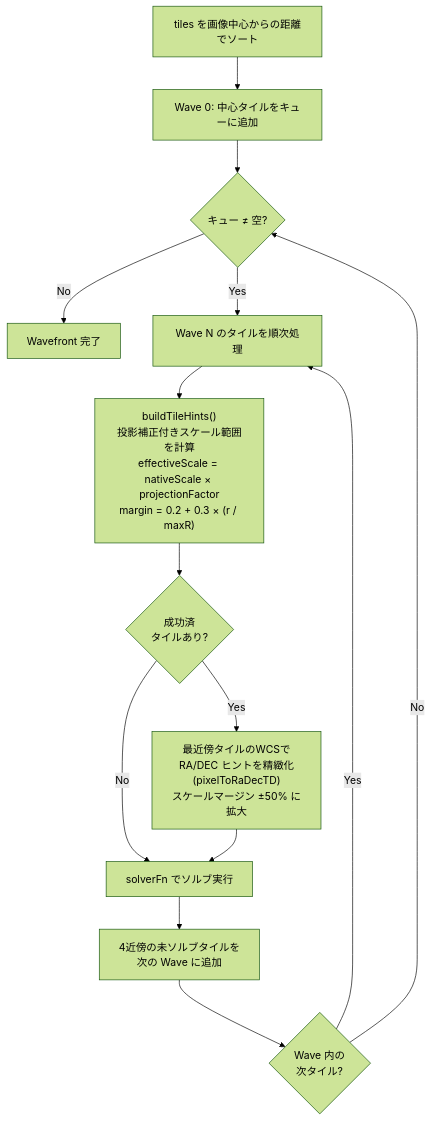
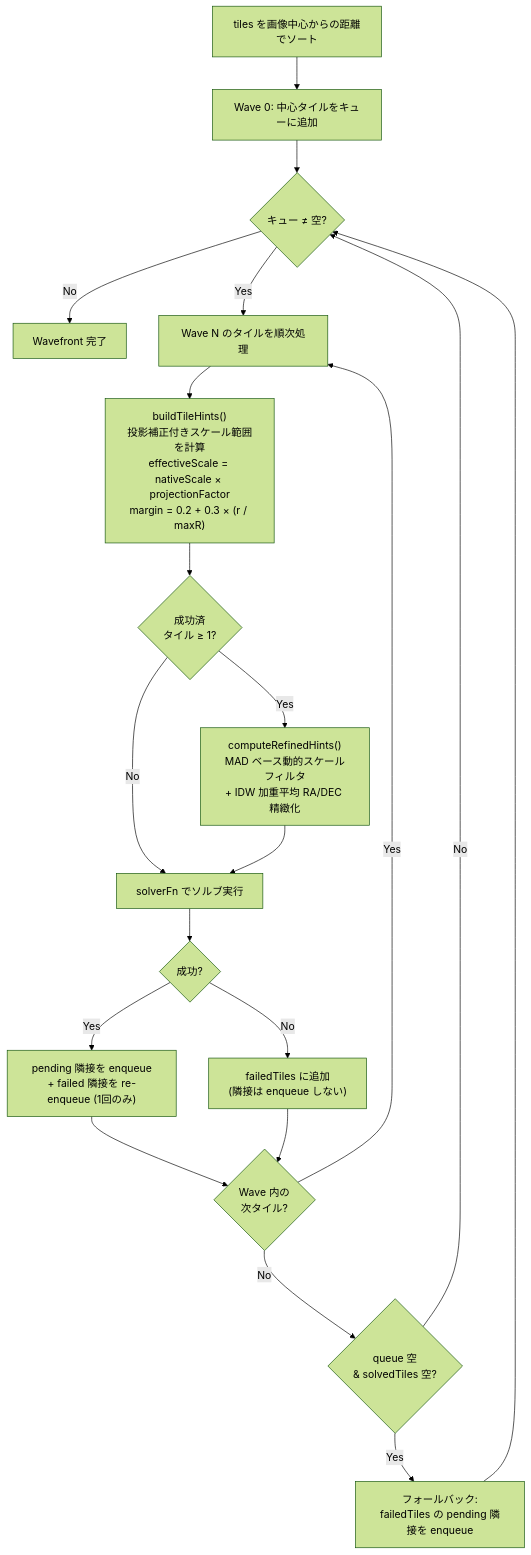
One commit to ysmr3104/split-image-solver changed the fifth of 10 diagrams in docs/specs.md. Above: the diagram before and after it, drawn with Mermaid (forest theme). The commit also changed other lines of this file, not shown here.

````diff
--- a/docs/specs.md
+++ b/docs/specs.md
@@ -153,19 +153,25 @@
 ```mermaid
 flowchart TD
     Start["tiles を画像中心からの距離でソート"] --> Init["Wave 0: 中心タイルをキューに追加"]
     Init --> Check{"キュー ≠ 空?"}
     Check -- No --> Done["Wavefront 完了"]
     Check -- Yes --> Wave["Wave N のタイルを順次処理"]
 
     Wave --> Hints["buildTileHints()<br/>投影補正付きスケール範囲を計算<br/>effectiveScale = nativeScale × projectionFactor<br/>margin = 0.2 + 0.3 × (r / maxR)"]
 
-    Hints --> Refine{"成功済<br/>タイルあり?"}
-    Refine -- Yes --> WCS["最近傍タイルのWCSで<br/>RA/DEC ヒントを精緻化<br/>(pixelToRaDecTD)<br/>スケールマージン ±50% に拡大"]
-    Refine -- No --> Solve
-    WCS --> Solve["solverFn でソルブ実行"]
+    Hints --> ScaleFilter{"成功済<br/>タイル ≥ 1?"}
+    ScaleFilter -- Yes --> Dynamic["computeRefinedHints()<br/>MAD ベース動的スケールフィルタ<br/>+ IDW 加重平均 RA/DEC 精緻化"]
+    ScaleFilter -- No --> Solve
+    Dynamic --> Solve["solverFn でソルブ実行"]
 
-    Solve --> Enqueue["4近傍の未ソルブタイルを<br/>次の Wave に追加"]
-    Enqueue --> Next{"Wave 内の<br/>次タイル?"}
+    Solve --> Result{"成功?"}
+    Result -- Yes --> EnqueueOK["pending 隣接を enqueue<br/>+ failed 隣接を re-enqueue (1回のみ)"]
+    Result -- No --> EnqueueNG["failedTiles に追加<br/>(隣接は enqueue しない)"]
+    EnqueueOK --> Next{"Wave 内の<br/>次タイル?"}
+    EnqueueNG --> Next
     Next -- Yes --> Wave
-    Next -- No --> Check
+    Next -- No --> Fallback{"queue 空<br/>& solvedTiles 空?"}
+    Fallback -- Yes --> FB["フォールバック:<br/>failedTiles の pending 隣接を enqueue"]
+    Fallback -- No --> Check
+    FB --> Check
 ```
````
